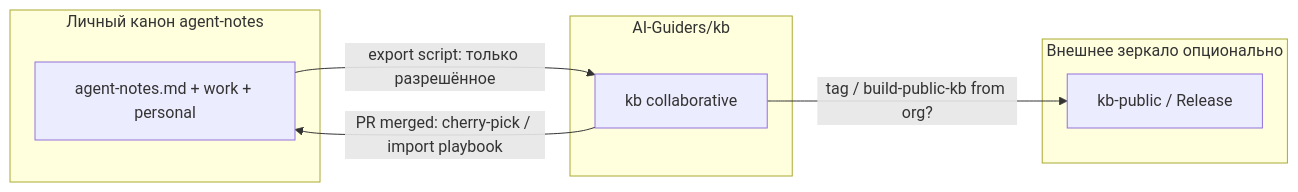
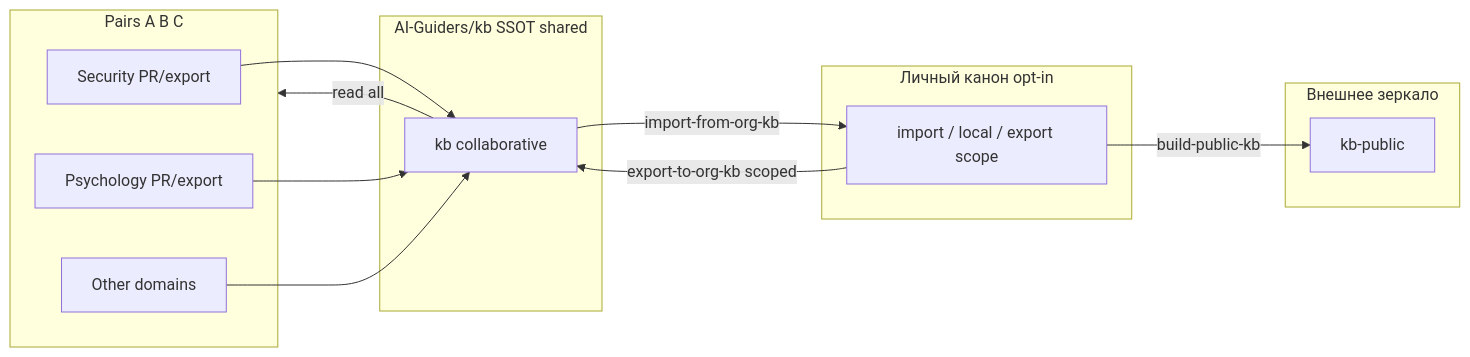
One commit to AI-Guiders/kb-public changed the diagram in knowledge/adr/011-aiguiders-org-collaborative-kb-repo-v1.md. Above: the diagram before and after it, drawn with Mermaid. The commit also changed other lines of this file and 26 other files, not shown here.

Commit message:
Update public KB: sync from canon (build-public-kb) (2026-06-14 11:02:59)

````diff
--- a/knowledge/adr/011-aiguiders-org-collaborative-kb-repo-v1.md
+++ b/knowledge/adr/011-aiguiders-org-collaborative-kb-repo-v1.md
@@ -122,15 +132,24 @@
 ```mermaid
 flowchart LR
-  subgraph owner [Личный канон agent-notes]
-    AN[agent-notes.md + work + personal]
+  subgraph pairs [Pairs A B C]
+    A[Security PR/export]
+    B[Psychology PR/export]
+    C[Other domains]
   end
-  subgraph org [AI-Guiders/kb]
+  subgraph org [AI-Guiders/kb SSOT shared]
     KB[kb collaborative]
   end
-  subgraph mirror [Внешнее зеркало опционально]
-    PUB[kb-public / Release]
+  subgraph owner [Личный канон opt-in]
+    AN[import / local / export scope]
   end
-  AN -->|export script: только разрешённое| KB
-  KB -->|PR merged: cherry-pick / import playbook| AN
-  KB -->|tag / build-public-kb from org?| PUB
+  subgraph mirror [Внешнее зеркало]
+    PUB[kb-public]
+  end
+  A --> KB
+  B --> KB
+  C --> KB
+  KB -->|read all| pairs
+  KB -->|import-from-org-kb| AN
+  AN -->|export-to-org-kb scoped| KB
+  AN -->|build-public-kb| PUB
 ```
````
